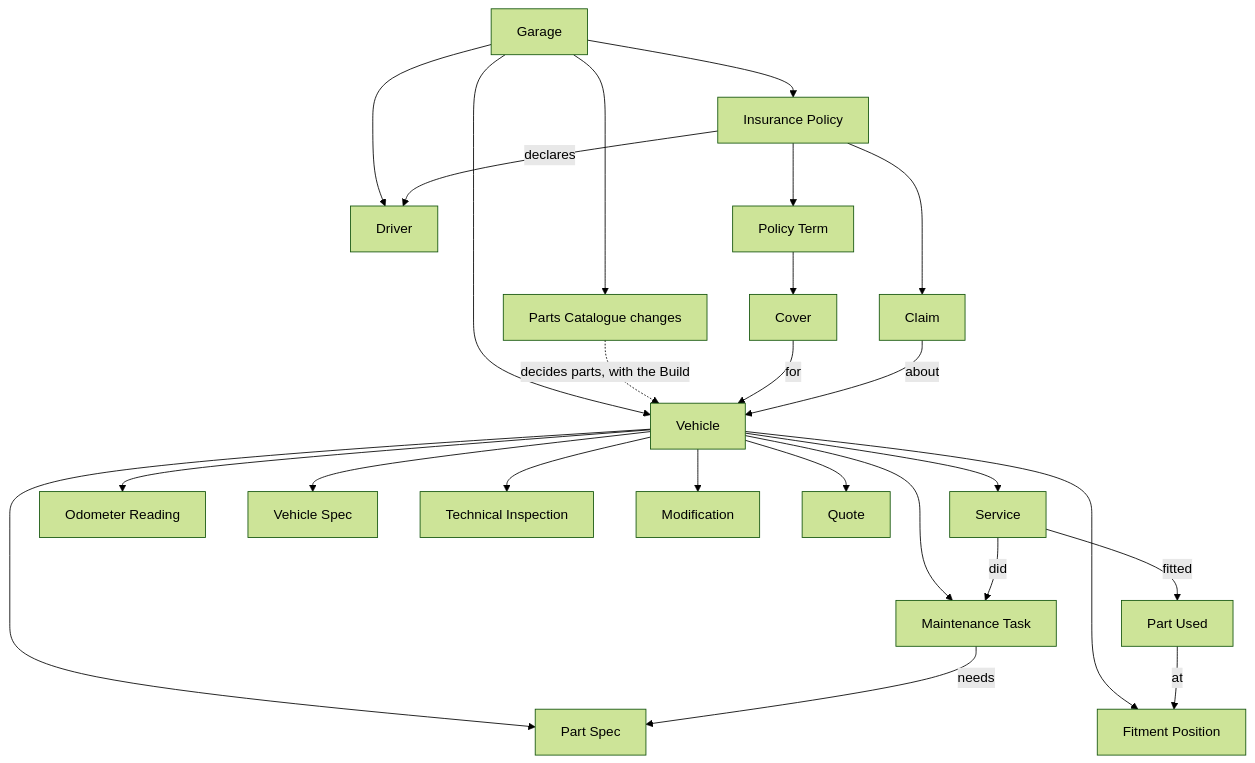
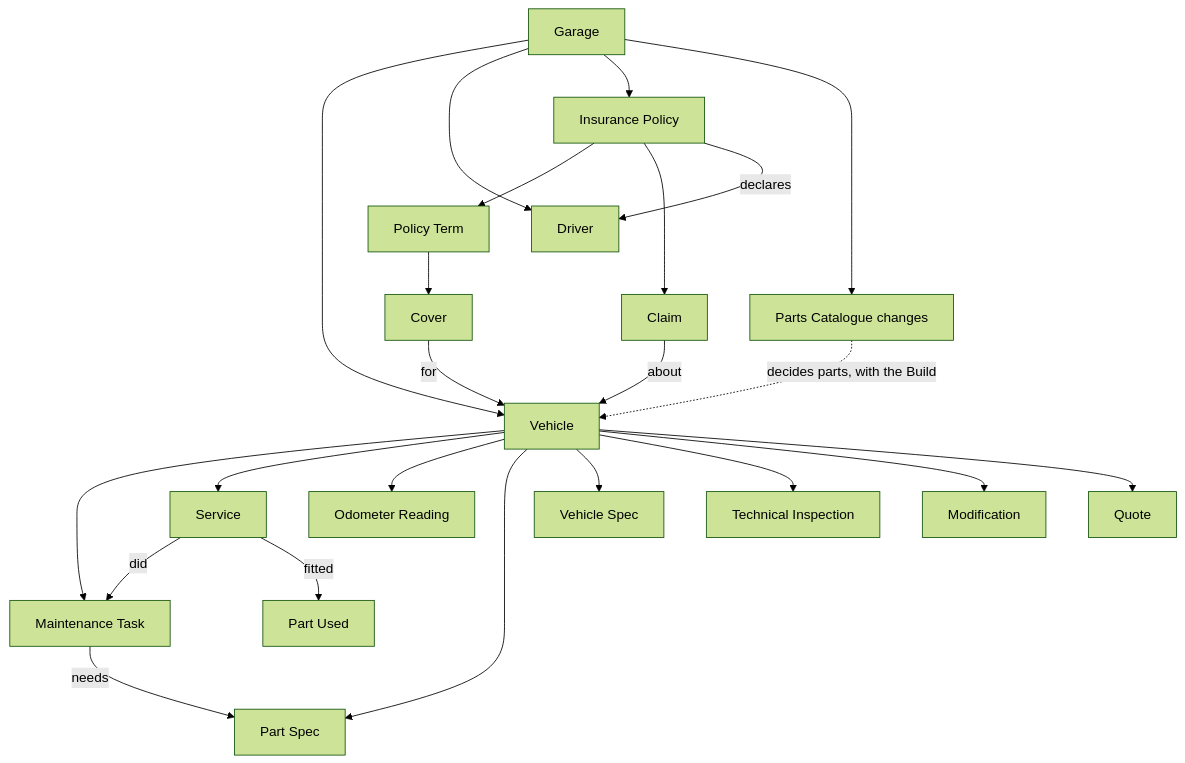
The first of 6 diagrams in docs/data-model.md (tmy-code/tmy_garage), drawn with Mermaid (forest theme) before and after one commit. The commit also changed other lines of this file and 22 other files, not shown here.

````diff
--- a/docs/data-model.md
+++ b/docs/data-model.md
@@ -16,31 +16,29 @@
 ```mermaid
 flowchart TD
   Garage --> Vehicle
   Garage --> Driver
   Garage --> Policy[Insurance Policy]
   Garage --> Catalogue[Parts Catalogue changes]
 
   Catalogue -. decides parts, with the Build .-> Vehicle
 
   Vehicle --> Task[Maintenance Task]
   Vehicle --> Service
   Vehicle --> Reading[Odometer Reading]
   Vehicle --> PartSpec[Part Spec]
-  Vehicle --> Position[Fitment Position]
   Vehicle --> VSpec[Vehicle Spec]
   Vehicle --> Inspection[Technical Inspection]
   Vehicle --> Modification
   Vehicle --> Quote
 
   Service -- did --> Task
   Service -- fitted --> PartUsed[Part Used]
   Task -- needs --> PartSpec
-  PartUsed -- at --> Position
 
   Policy --> Term[Policy Term]
   Term --> Cover
   Cover -- for --> Vehicle
   Policy --> Claim
   Claim -- about --> Vehicle
   Policy -- declares --> Driver
 ```
````
